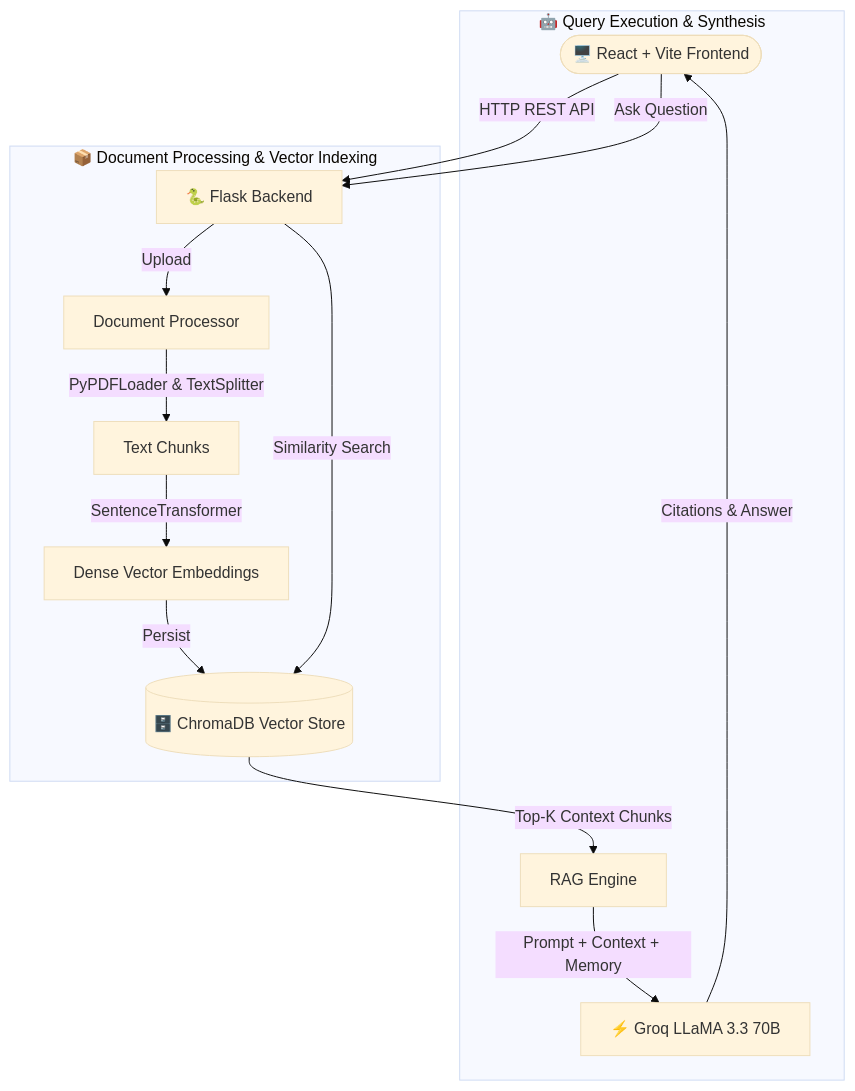
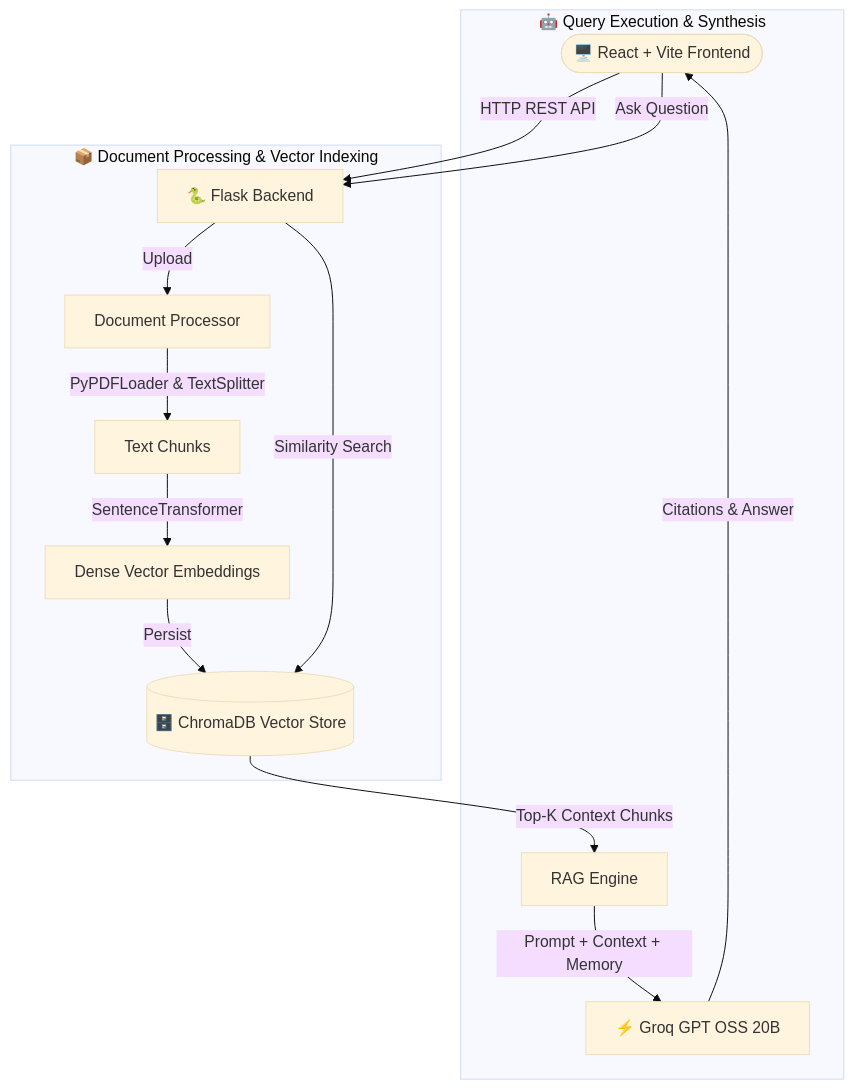
The diagram in README.md (Anmol-Kapil/IntelliDocs), drawn with Mermaid (base theme) before and after one commit. The commit also changed other lines of this file and 18 other files, not shown here.

````diff
--- a/README.md
+++ b/README.md
@@ -51,19 +53,19 @@
 ```mermaid
 graph TD
     User(["🖥️ React + Vite Frontend"]) -->|HTTP REST API| Flask["🐍 Flask Backend"]
 
     subgraph DocProcessing["📦 Document Processing & Vector Indexing"]
         Flask -->|Upload| DocProc[Document Processor]
         DocProc -->|PyPDFLoader & TextSplitter| Chunks[Text Chunks]
         Chunks -->|SentenceTransformer| Embeddings[Dense Vector Embeddings]
         Embeddings -->|Persist| ChromaDB[("🗄️ ChromaDB Vector Store")]
     end
 
     subgraph QueryExec["🤖 Query Execution & Synthesis"]
         User -->|Ask Question| Flask
         Flask -->|Similarity Search| ChromaDB
         ChromaDB -->|Top-K Context Chunks| RAG[RAG Engine]
-        RAG -->|Prompt + Context + Memory| Groq["⚡ Groq LLaMA 3.3 70B"]
+        RAG -->|Prompt + Context + Memory| Groq["⚡ Groq GPT OSS 20B"]
         Groq -->|Citations & Answer| User
     end
 ```
````
